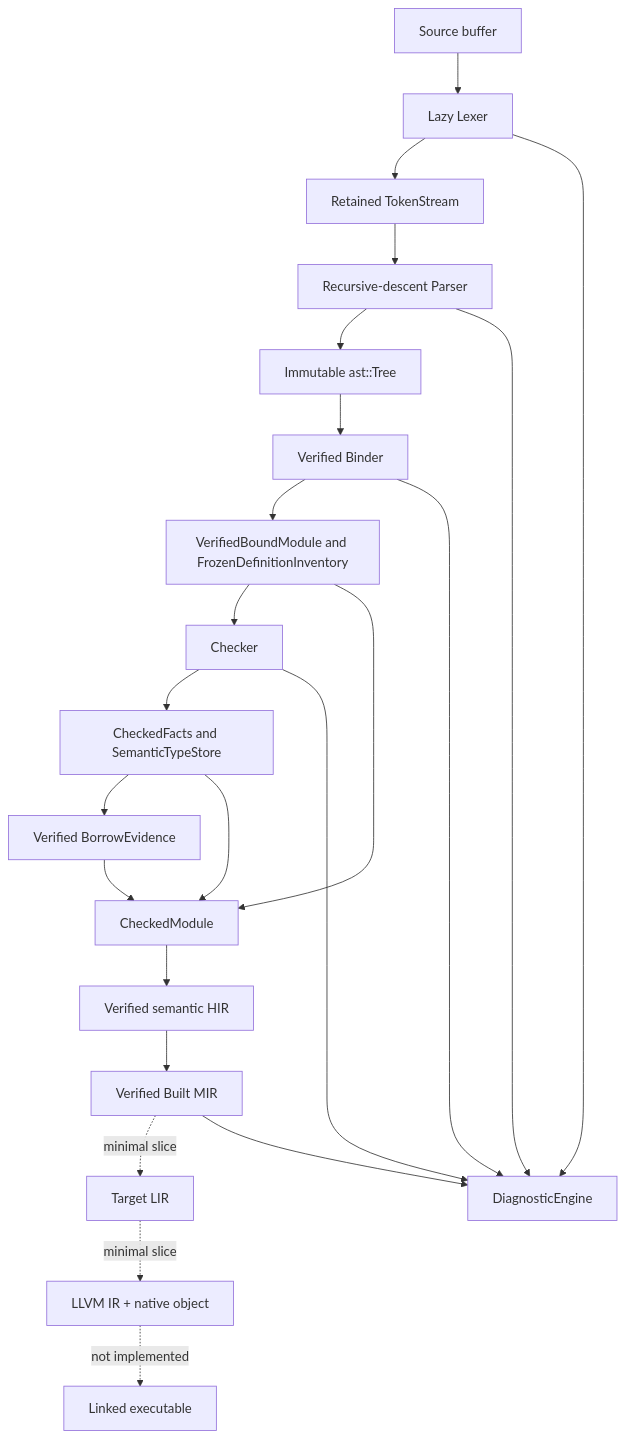
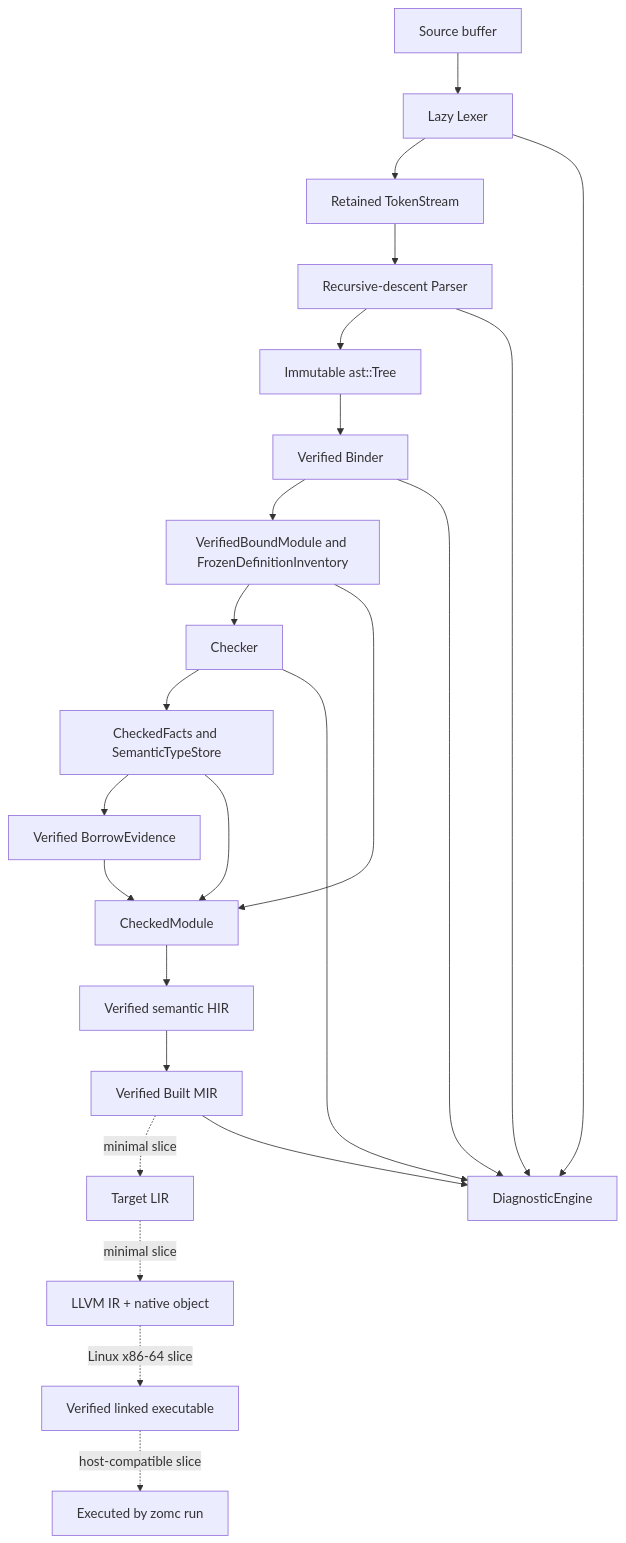
One commit to Zzzode/ZOM changed the diagram in AGENTS.md. Above: the diagram before and after it, drawn with Mermaid. The commit also changed other lines of this file and 3 other files, not shown here.

First line of the commit message:
docs: sync Q4 plan, IDE rail tracker, and architecture status

````diff
--- a/AGENTS.md
+++ b/AGENTS.md
@@ -157,25 +157,26 @@
 ```mermaid
 flowchart TD
     S[Source buffer] --> L[Lazy Lexer]
     L --> T[Retained TokenStream]
     T --> P[Recursive-descent Parser]
     P --> A[Immutable ast::Tree]
     A --> B[Verified Binder]
     B --> VB[VerifiedBoundModule and FrozenDefinitionInventory]
     VB --> C[Checker]
     C --> CF[CheckedFacts and SemanticTypeStore]
     CF --> BE[Verified BorrowEvidence]
     VB --> CM[CheckedModule]
     CF --> CM
     BE --> CM
     CM --> H[Verified semantic HIR]
     H --> M[Verified Built MIR]
     M -. minimal slice .-> R[Target LIR]
     R -. minimal slice .-> LLVM[LLVM IR + native object]
-    LLVM -. not implemented .-> LINK[Linked executable]
+    LLVM -. Linux x86-64 slice .-> LINK[Verified linked executable]
+    LINK -. host-compatible slice .-> RUN[Executed by zomc run]
     L --> D[DiagnosticEngine]
     P --> D
     B --> D
     C --> D
     M --> D
 ```
````
